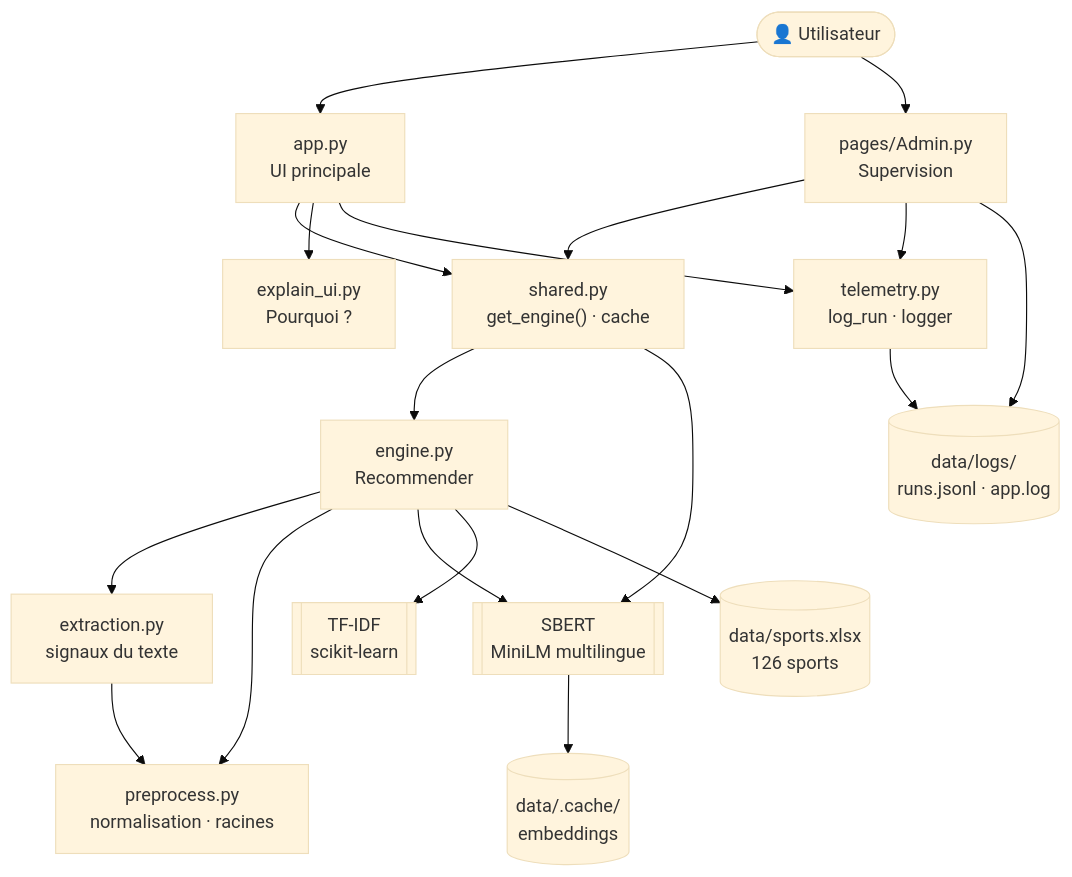
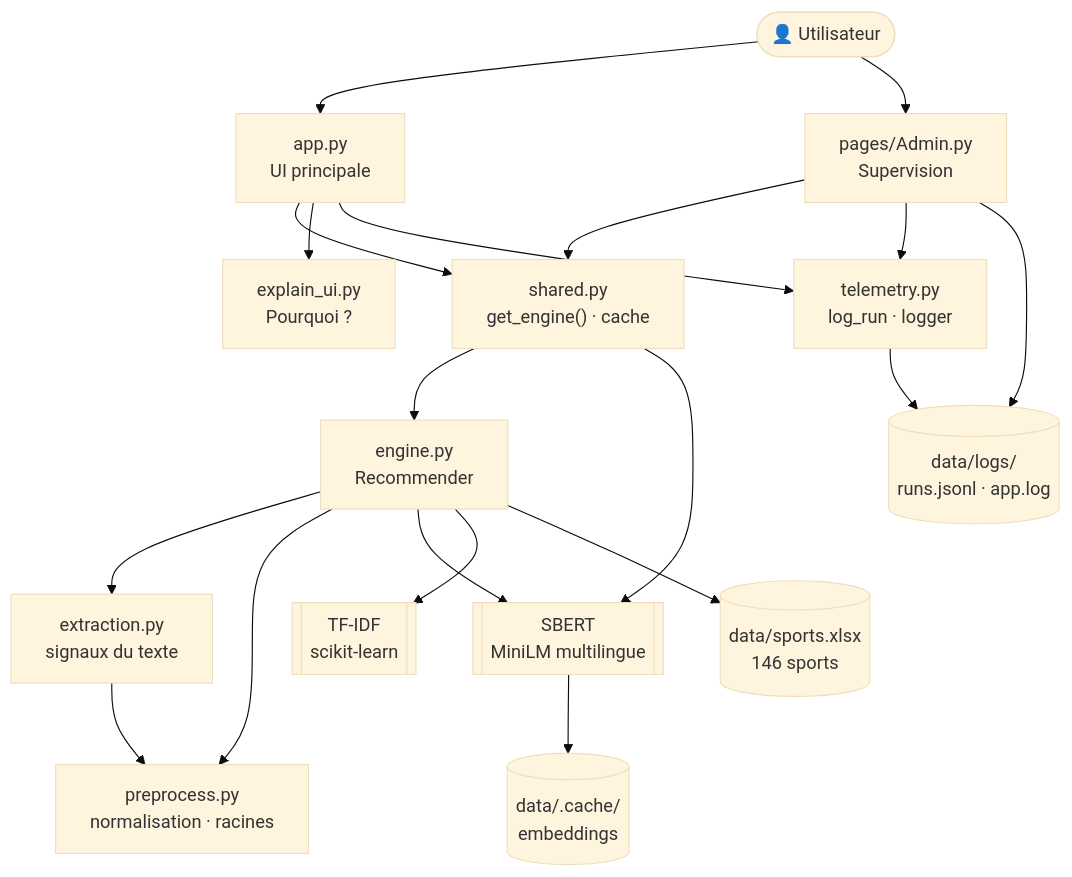
The fourth of 6 diagrams in README.md (AntoineLal/ECE-Projet-NLP), drawn with Mermaid (base theme) before and after one commit. The commit also changed other lines of this file and 10 other files, not shown here.

````diff
--- a/README.md
+++ b/README.md
@@ -156,25 +156,25 @@
 ```mermaid
 flowchart TB
     U(["👤 Utilisateur"]) --> APP["app.py<br/>UI principale"]
     U --> ADM["pages/Admin.py<br/>Supervision"]
 
     APP --> SH["shared.py<br/>get_engine() · cache"]
     ADM --> SH
     APP --> EX["explain_ui.py<br/>Pourquoi ?"]
     APP --> TEL["telemetry.py<br/>log_run · logger"]
     ADM --> TEL
 
     SH --> ENG["engine.py<br/>Recommender"]
     SH --> SB[["SBERT<br/>MiniLM multilingue"]]
 
     ENG --> EXT["extraction.py<br/>signaux du texte"]
     ENG --> PRE["preprocess.py<br/>normalisation · racines"]
     EXT --> PRE
     ENG --> SB
     ENG --> TF[["TF-IDF<br/>scikit-learn"]]
-    ENG --> DATA[("data/sports.xlsx<br/>126 sports")]
+    ENG --> DATA[("data/sports.xlsx<br/>146 sports")]
 
     TEL --> RUNS[("data/logs/<br/>runs.jsonl · app.log")]
     ADM --> RUNS
     SB --> CACHE[("data/.cache/<br/>embeddings")]
 ```
````
